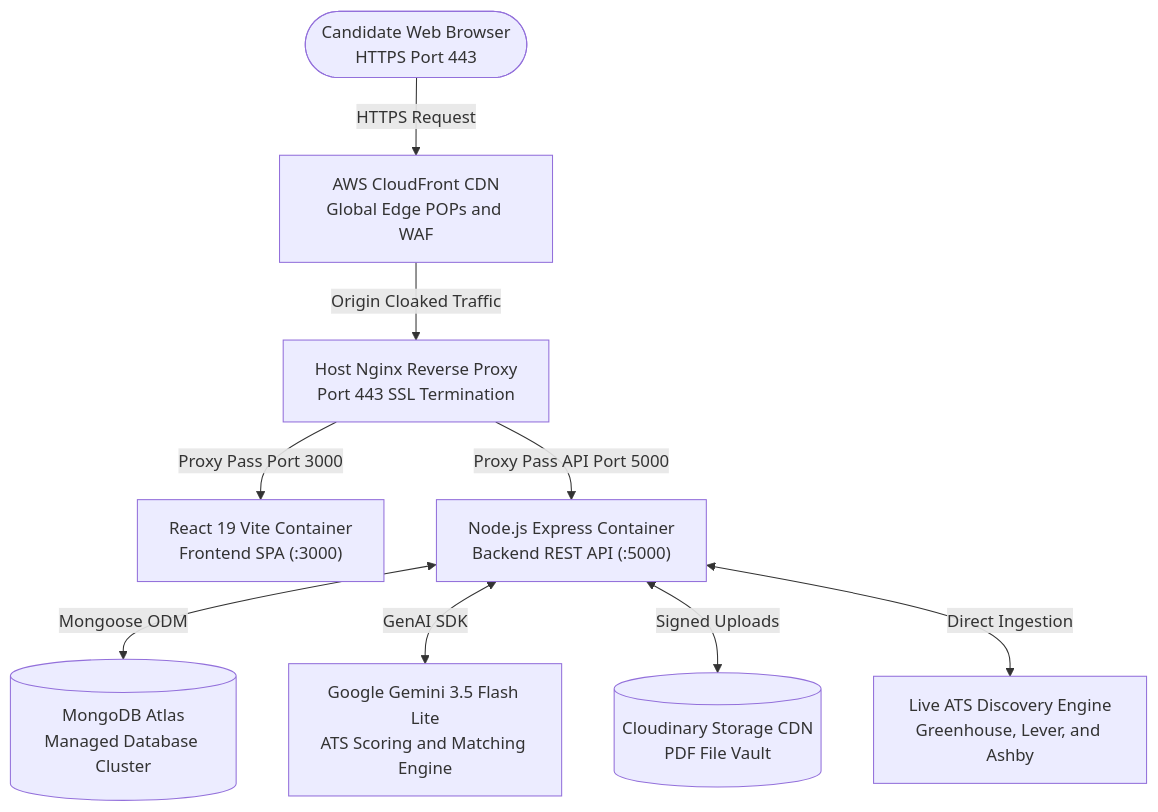
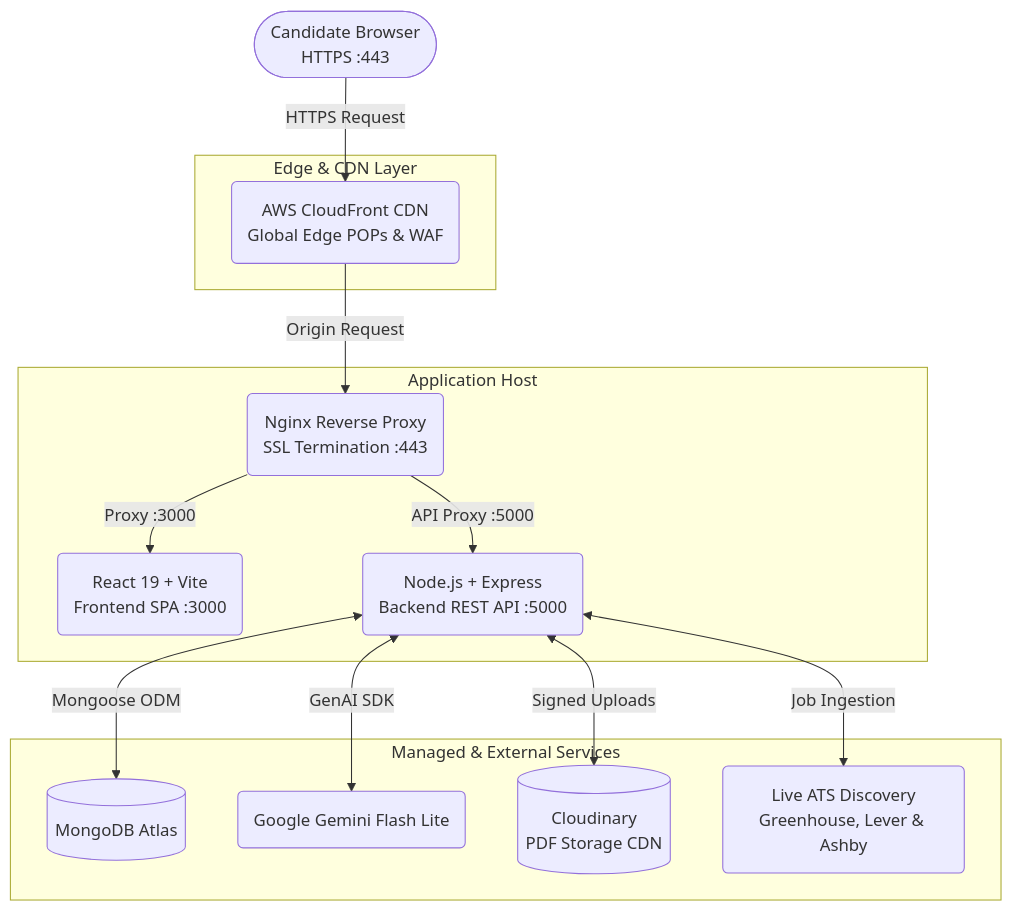
One commit to TusharSaini999/Resume-Saathi changed the first of 2 diagrams in README.md. Above: the diagram before and after it, drawn with Mermaid. The commit also changed other lines of this file and 1 other file, not shown here.

Commit message:
docs: use clean relative markdown links for GitHub navigation in README and CHANGELOG

````diff
--- a/README.md
+++ b/README.md
@@ -20,21 +20,31 @@
 ```mermaid
 flowchart TD
-  User(["Candidate Web Browser<br/>HTTPS Port 443"])
-  CF["AWS CloudFront CDN<br/>Global Edge POPs and WAF"]
-  Nginx["Host Nginx Reverse Proxy<br/>Port 443 SSL Termination"]
-  FE["React 19 Vite Container<br/>Frontend SPA (:3000)"]
-  BE["Node.js Express Container<br/>Backend REST API (:5000)"]
-  DB[("MongoDB Atlas<br/>Managed Database Cluster")]
-  AI["Google Gemini 3.5 Flash Lite<br/>ATS Scoring and Matching Engine"]
-  Cloudinary[("Cloudinary Storage CDN<br/>PDF File Vault")]
-  ATS["Live ATS Discovery Engine<br/>Greenhouse, Lever, and Ashby"]
+  User(["Candidate Browser<br/>HTTPS :443"])
 
-  User -->|HTTPS Request| CF
-  CF -->|Origin Cloaked Traffic| Nginx
-  Nginx -->|Proxy Pass Port 3000| FE
-  Nginx -->|Proxy Pass API Port 5000| BE
-  BE <-->|Mongoose ODM| DB
-  BE <-->|GenAI SDK| AI
-  BE <-->|Signed Uploads| Cloudinary
-  BE <-->|Direct Ingestion| ATS
+  subgraph Edge ["Edge & CDN Layer"]
+    CF("AWS CloudFront CDN<br/>Global Edge POPs & WAF")
+  end
+
+  subgraph Host ["Application Host"]
+    Nginx("Nginx Reverse Proxy<br/>SSL Termination :443")
+    FE("React 19 + Vite<br/>Frontend SPA :3000")
+    BE("Node.js + Express<br/>Backend REST API :5000")
+  end
+
+  subgraph Services ["Managed & External Services"]
+    DB[("MongoDB Atlas")]
+    AI("Google Gemini Flash Lite")
+    Cloudinary[("Cloudinary<br/>PDF Storage CDN")]
+    ATS("Live ATS Discovery<br/>Greenhouse, Lever & Ashby")
+  end
+
+  User -->|"HTTPS Request"| CF
+  CF -->|"Origin Request"| Nginx
+  Nginx -->|"Proxy :3000"| FE
+  Nginx -->|"API Proxy :5000"| BE
+
+  BE <-->|"Mongoose ODM"| DB
+  BE <-->|"GenAI SDK"| AI
+  BE <-->|"Signed Uploads"| Cloudinary
+  BE <-->|"Job Ingestion"| ATS
 ```
````
